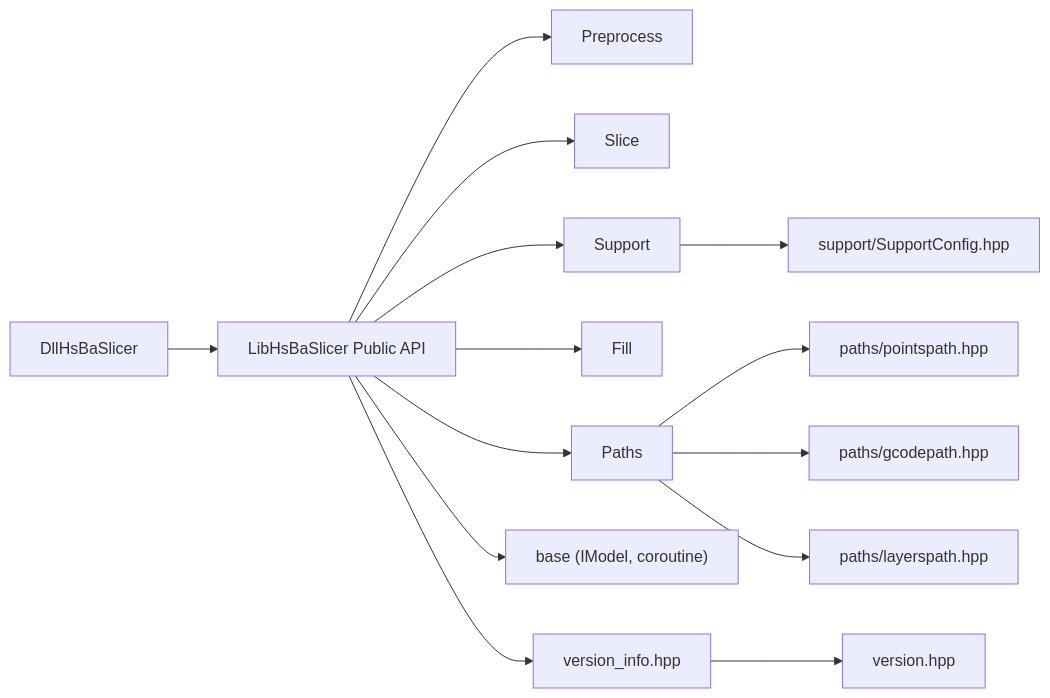
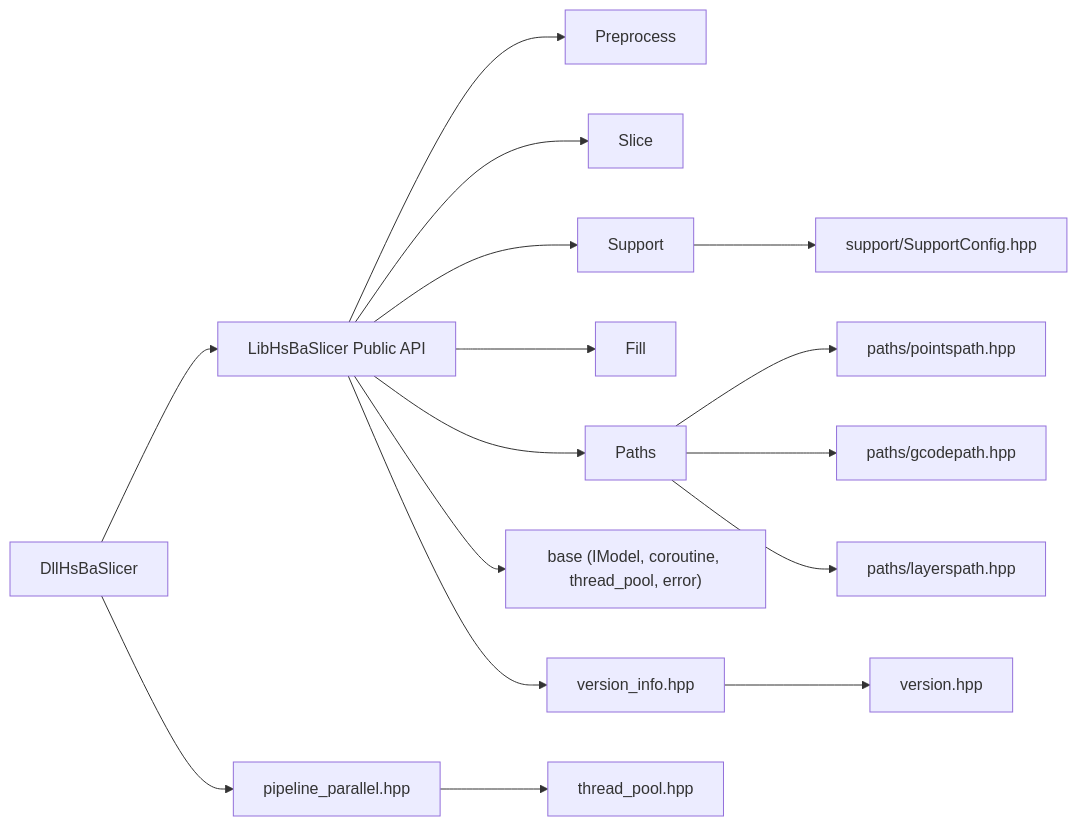
Diagram 11 of 11 in .qoder/repowiki/en/content/Core Architecture/FDM Pipeline System.md (hsmbanlance/HsBaSlicer), drawn with Mermaid before and after one commit. The commit also changed other lines of this file and 20 other files, not shown here.

````diff
--- a/.qoder/repowiki/en/content/Core Architecture/FDM Pipeline System.md
+++ b/.qoder/repowiki/en/content/Core Architecture/FDM Pipeline System.md
@@ -631,16 +744,18 @@
 ```mermaid
 graph LR
 Dll["DllHsBaSlicer"] --> Lib["LibHsBaSlicer Public API"]
 Lib --> Pre["Preprocess"]
 Lib --> Slc["Slice"]
 Lib --> Sup["Support"]
 Lib --> Fil["Fill"]
 Lib --> Pth["Paths"]
-Lib --> Base["base (IModel, coroutine)"]
+Lib --> Base["base (IModel, coroutine, thread_pool, error)"]
 Pth --> PP["paths/pointspath.hpp"]
 Pth --> GP["paths/gcodepath.hpp"]
 Pth --> LP["paths/layerspath.hpp"]
 Sup --> SC["support/SupportConfig.hpp"]
 Lib --> VI["version_info.hpp"]
 VI --> VS["version.hpp"]
+Dll --> PAR["pipeline_parallel.hpp"]
+PAR --> TP["thread_pool.hpp"]
 ```
````
